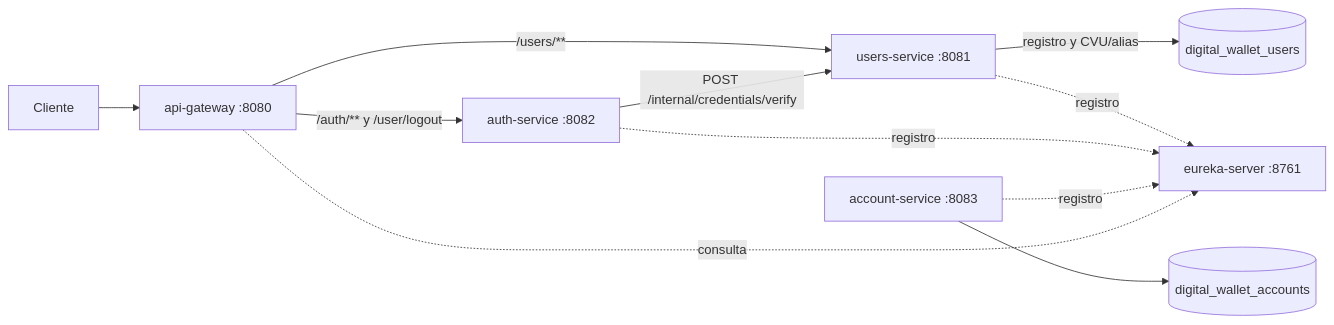
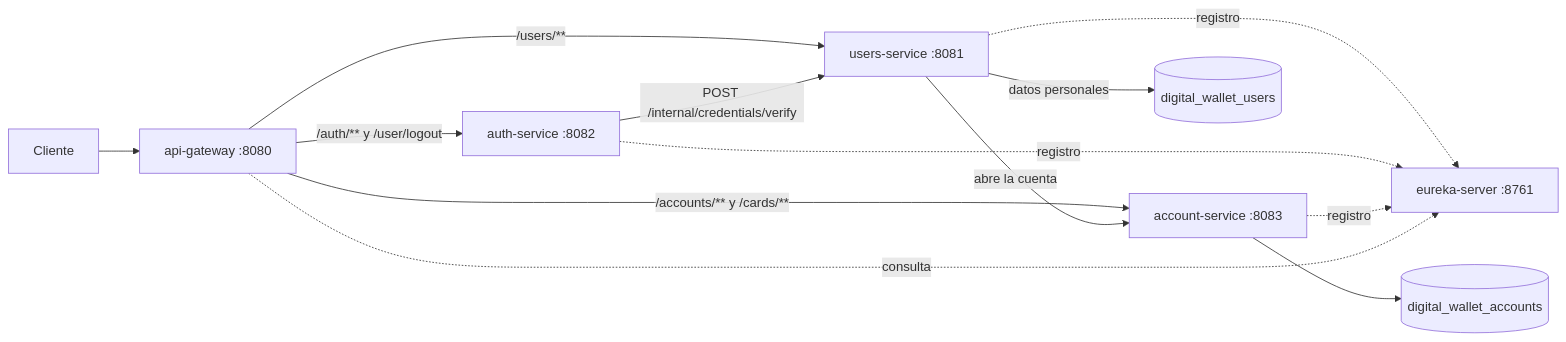
The first of 2 diagrams in docs/arquitectura.md (Belgregori/digital-wallet-api), drawn with Mermaid before and after one commit. The commit also changed other lines of this file, not shown here.

````diff
--- a/docs/arquitectura.md
+++ b/docs/arquitectura.md
@@ -7,22 +7,24 @@
 ```mermaid
 flowchart LR
     cliente[Cliente]
     gateway[api-gateway :8080]
     eureka[eureka-server :8761]
     users[users-service :8081]
     auth[auth-service :8082]
     account[account-service :8083]
     dbUsers[(digital_wallet_users)]
     dbAccounts[(digital_wallet_accounts)]
 
     cliente --> gateway
     gateway -->|/users/**| users
     gateway -->|/auth/** y /user/logout| auth
-    users -->|registro y CVU/alias| dbUsers
+    gateway -->|/accounts/** y /cards/**| account
+    users -->|abre la cuenta| account
+    users -->|datos personales| dbUsers
     auth -->|POST /internal/credentials/verify| users
     users -. registro .-> eureka
     auth -. registro .-> eureka
     account -. registro .-> eureka
     gateway -. consulta .-> eureka
     account --> dbAccounts
 ```
````
